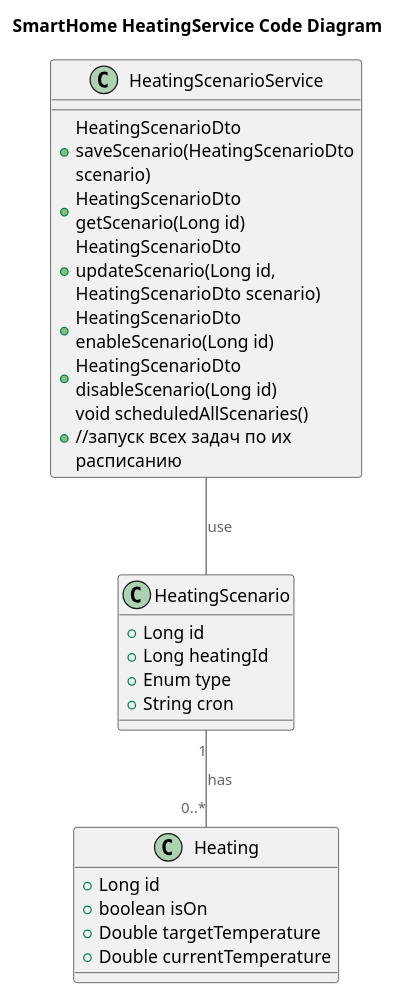
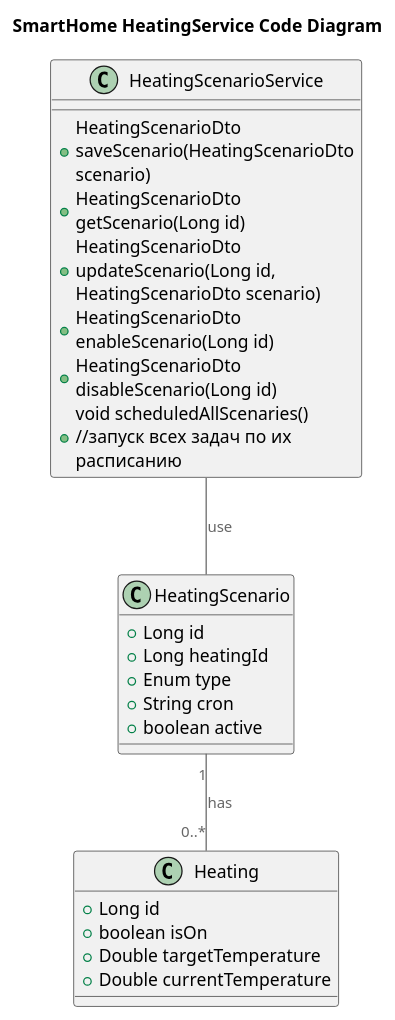
The diagram in diagrams/task2/to_be/task2_code_scenario_to_be.puml (fireflysmk/architecture-sprint-3), drawn with PlantUML before and after one commit. The commit also changed 2 other files, not shown here.

```diff
--- a/diagrams/task2/to_be/task2_code_scenario_to_be.puml
+++ b/diagrams/task2/to_be/task2_code_scenario_to_be.puml
@@ -1,35 +1,36 @@
 @startuml
 title SmartHome HeatingService Code Diagram
 
 top to bottom direction
 
 !includeurl https://raw.githubusercontent.com/RicardoNiepel/C4-PlantUML/master/C4_Component.puml
 
 class HeatingScenarioService {
     +HeatingScenarioDto saveScenario(HeatingScenarioDto scenario)
     +HeatingScenarioDto getScenario(Long id)
     +HeatingScenarioDto updateScenario(Long id, HeatingScenarioDto scenario)
     +HeatingScenarioDto enableScenario(Long id)
     +HeatingScenarioDto disableScenario(Long id)
     +void scheduledAllScenaries() //запуск всех задач по их расписанию
 }
 
 class HeatingScenario {
   +Long id
   +Long heatingId
   +Enum type
   +String cron
+  +boolean active
 }
 
 class Heating {
   +Long id
   +boolean isOn
   +Double targetTemperature
   +Double currentTemperature
 }
 
 HeatingScenarioService -- HeatingScenario : use
 HeatingScenario "1" -- "0..*" Heating : has
 
 
 @enduml
```
